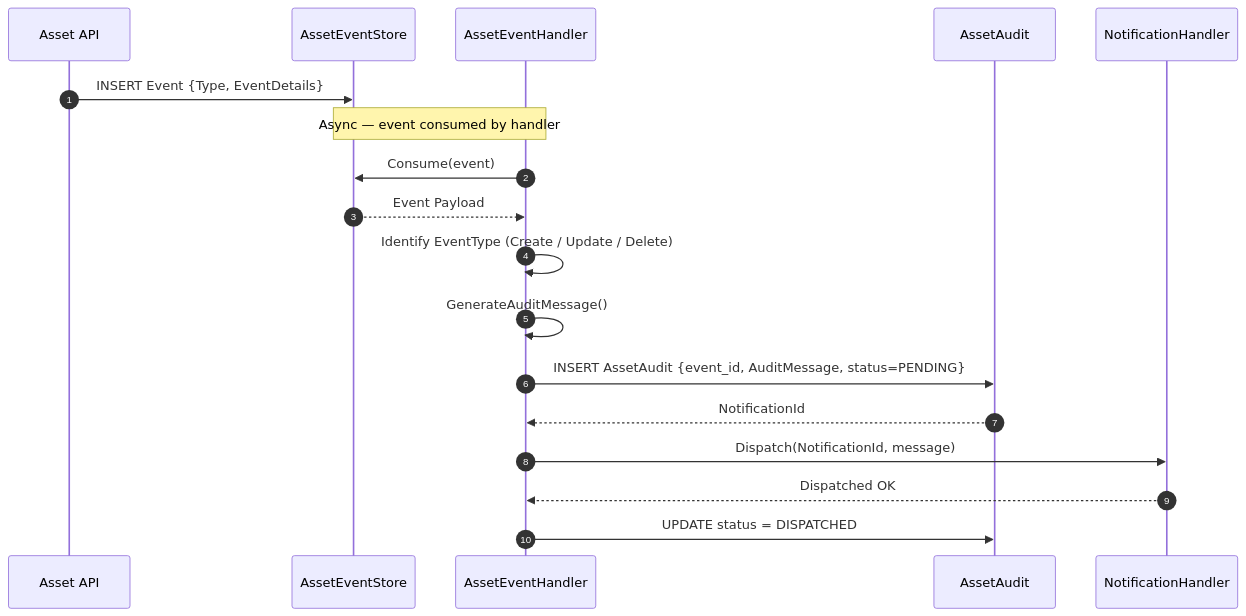
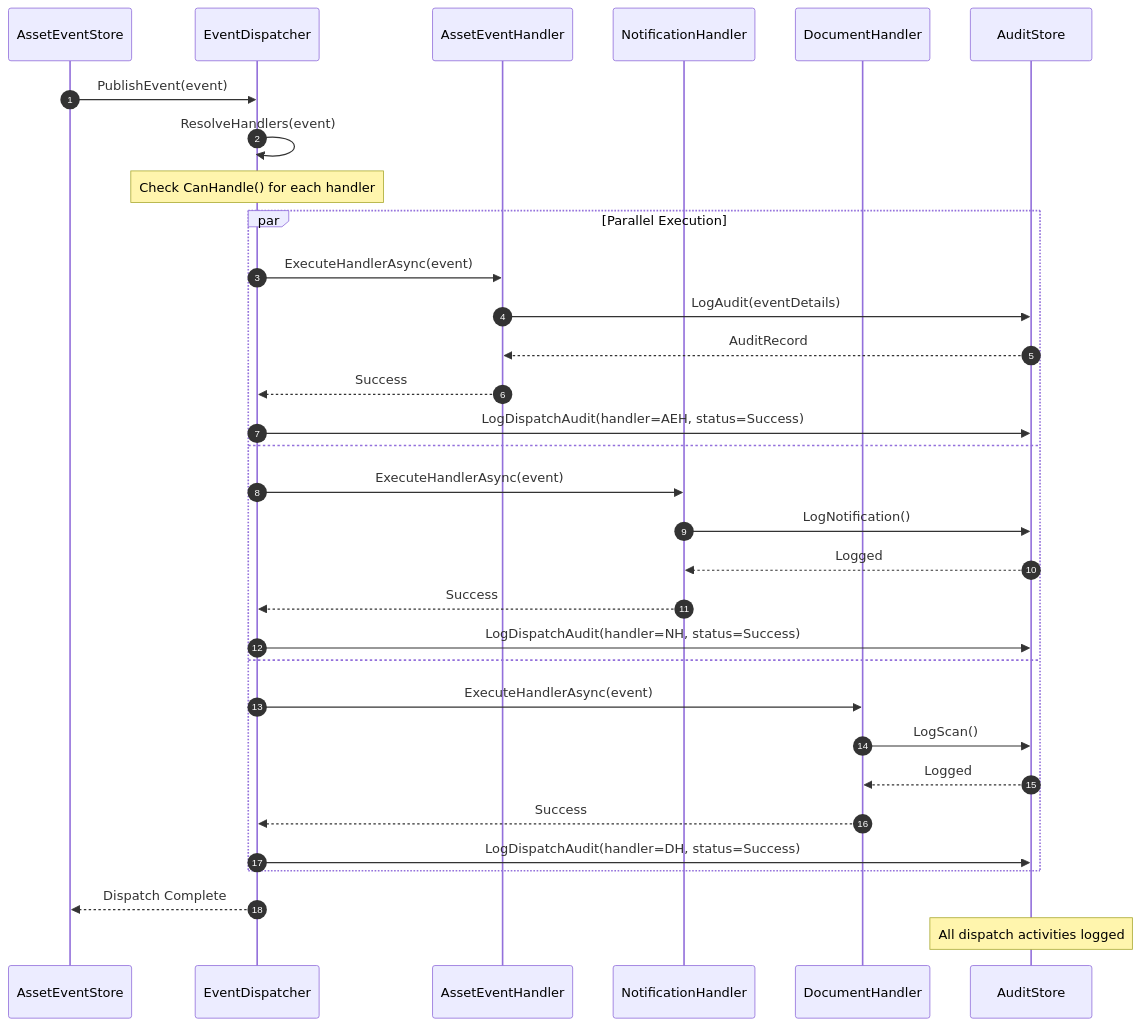
Before and after one commit to arup-ghosh-maersk/cia-lld: the third of 5 diagrams in asset-management/diagrams/02_Sequence_Diagrams.md, drawn with Mermaid. The commit also changed other lines of this file, not shown here.

````diff
--- a/asset-management/diagrams/02_Sequence_Diagrams.md
+++ b/asset-management/diagrams/02_Sequence_Diagrams.md
@@ -79,24 +103,37 @@
 ```mermaid
 sequenceDiagram
     autonumber
-    participant API as Asset API
     participant ES as AssetEventStore
+    participant ED as EventDispatcher
     participant AEH as AssetEventHandler
-    participant AA as AssetAudit
     participant NH as NotificationHandler
+    participant DH as DocumentHandler
+    participant AA as AuditStore
+    
+    ES->>ED: PublishEvent(event)
+    ED->>ED: ResolveHandlers(event)
+    Note over ED: Check CanHandle() for each handler
 
-    API->>ES: INSERT Event {Type, EventDetails}
-    Note over ES,AEH: Async — event consumed by handler
-    AEH->>ES: Consume(event)
-    ES-->>AEH: Event Payload
+    par Parallel Execution
+        ED->>AEH: ExecuteHandlerAsync(event)
+        AEH->>AA: LogAudit(eventDetails)
+        AA-->>AEH: AuditRecord
+        AEH-->>ED: Success
+        ED->>AA: LogDispatchAudit(handler=AEH, status=Success)
+    and
+        ED->>NH: ExecuteHandlerAsync(event)
+        NH->>AA: LogNotification()
+        AA-->>NH: Logged
+        NH-->>ED: Success
+        ED->>AA: LogDispatchAudit(handler=NH, status=Success)
+    and
+        ED->>DH: ExecuteHandlerAsync(event)
+        DH->>AA: LogScan()
+        AA-->>DH: Logged
+        DH-->>ED: Success
+        ED->>AA: LogDispatchAudit(handler=DH, status=Success)
+    end
 
-    AEH->>AEH: Identify EventType (Create / Update / Delete)
-    AEH->>AEH: GenerateAuditMessage()
-
-    AEH->>AA: INSERT AssetAudit {event_id, AuditMessage, status=PENDING}
-    AA-->>AEH: NotificationId
-
-    AEH->>NH: Dispatch(NotificationId, message)
-    NH-->>AEH: Dispatched OK
-    AEH->>AA: UPDATE status = DISPATCHED
+    ED-->>ES: Dispatch Complete
+    Note over AA: All dispatch activities logged
 ```
````
